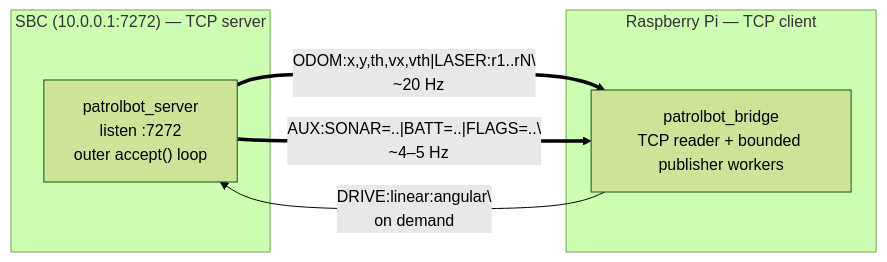
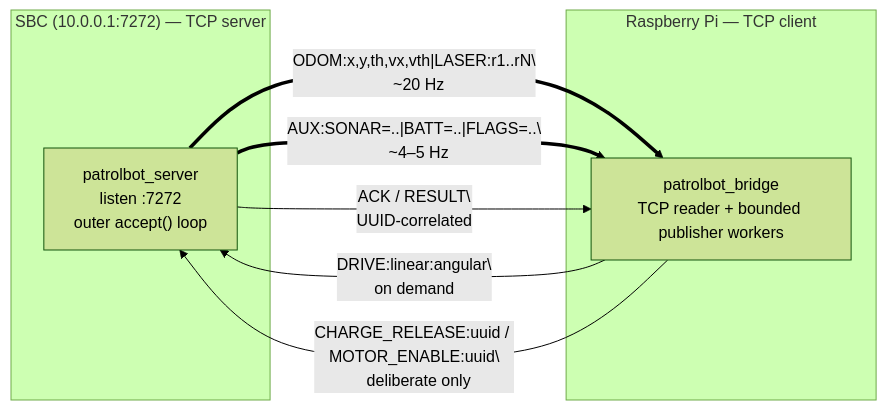
One commit to cmu-impactlab/patrolbot changed the first of 2 diagrams in docs/architecture/communication-architecture.md. Above: the diagram before and after it, drawn with Mermaid (forest theme). The commit also changed other lines of this file and 38 other files, not shown here.

````diff
--- a/docs/architecture/communication-architecture.md
+++ b/docs/architecture/communication-architecture.md
@@ -15,13 +15,15 @@
 ```mermaid
 flowchart LR
     subgraph SBC["SBC (10.0.0.1:7272) — TCP server"]
         SRV["patrolbot_server\nlisten :7272\nouter accept() loop"]
     end
     subgraph PI["Raspberry Pi — TCP client"]
         BR["patrolbot_bridge\nTCP reader + bounded publisher workers"]
     end
 
     SRV ==>|"ODOM:x,y,th,vx,vth|LASER:r1..rN\\n  ~20 Hz"| BR
     SRV ==>|"AUX:SONAR=..|BATT=..|FLAGS=..\\n  ~4–5 Hz"| BR
     BR  -->|"DRIVE:linear:angular\\n  on demand"| SRV
+    BR  -->|"CHARGE_RELEASE:uuid / MOTOR_ENABLE:uuid\\n  deliberate only"| SRV
+    SRV -->|"ACK / RESULT\\n  UUID-correlated"| BR
 ```
````
